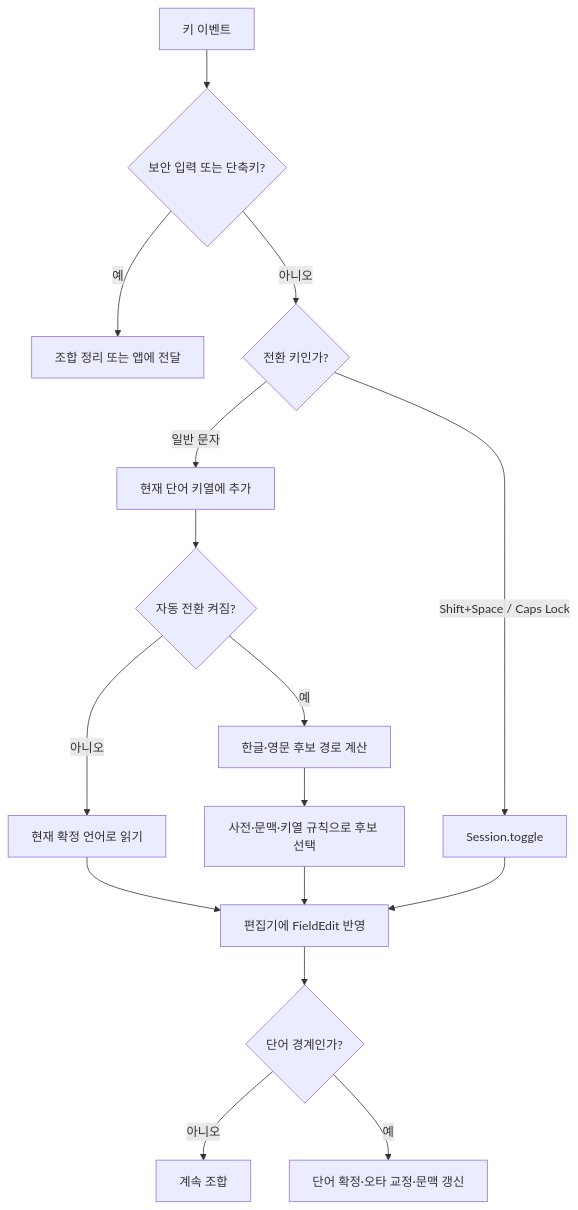
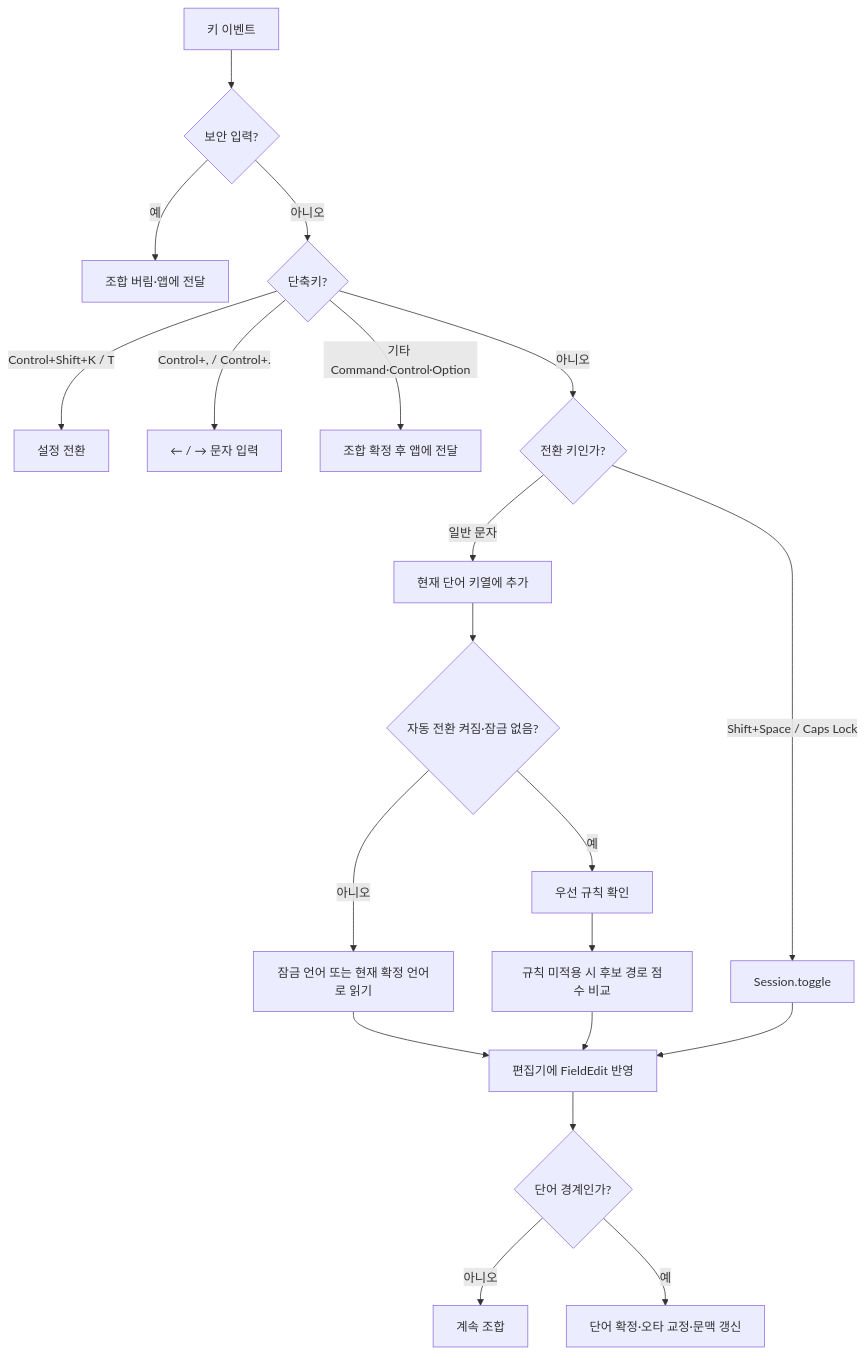
Before and after one commit to iasandcb/seto: the first of 3 diagrams in docs/core.md, drawn with Mermaid. The commit also changed other lines of this file and 7 other files, not shown here.

````diff
--- a/docs/core.md
+++ b/docs/core.md
@@ -11,18 +11,22 @@
 ```mermaid
 flowchart TD
-    A[키 이벤트] --> B{보안 입력 또는 단축키?}
-    B -- 예 --> C[조합 정리 또는 앱에 전달]
-    B -- 아니오 --> D{전환 키인가?}
+    A[키 이벤트] --> B{보안 입력?}
+    B -- 예 --> C0[조합 버림·앱에 전달]
+    B -- 아니오 --> B2{단축키?}
+    B2 -- Control+Shift+K / T --> C1[설정 전환]
+    B2 -- Control+, / Control+. --> C2[← / → 문자 입력]
+    B2 -- 기타 Command·Control·Option --> C3[조합 확정 후 앱에 전달]
+    B2 -- 아니오 --> D{전환 키인가?}
     D -- Shift+Space / Caps Lock --> E[Session.toggle]
     D -- 일반 문자 --> F[현재 단어 키열에 추가]
-    F --> G{자동 전환 켜짐?}
-    G -- 아니오 --> H[현재 확정 언어로 읽기]
-    G -- 예 --> I[한글·영문 후보 경로 계산]
-    I --> J[사전·문맥·키열 규칙으로 후보 선택]
+    F --> G{자동 전환 켜짐·잠금 없음?}
+    G -- 아니오 --> H[잠금 언어 또는 현재 확정 언어로 읽기]
+    G -- 예 --> I[우선 규칙 확인]
+    I --> J[규칙 미적용 시 후보 경로 점수 비교]
     H --> K[편집기에 FieldEdit 반영]
     J --> K
     K --> L{단어 경계인가?}
     L -- 아니오 --> M[계속 조합]
     L -- 예 --> N[단어 확정·오타 교정·문맥 갱신]
     E --> K
 ```
````
